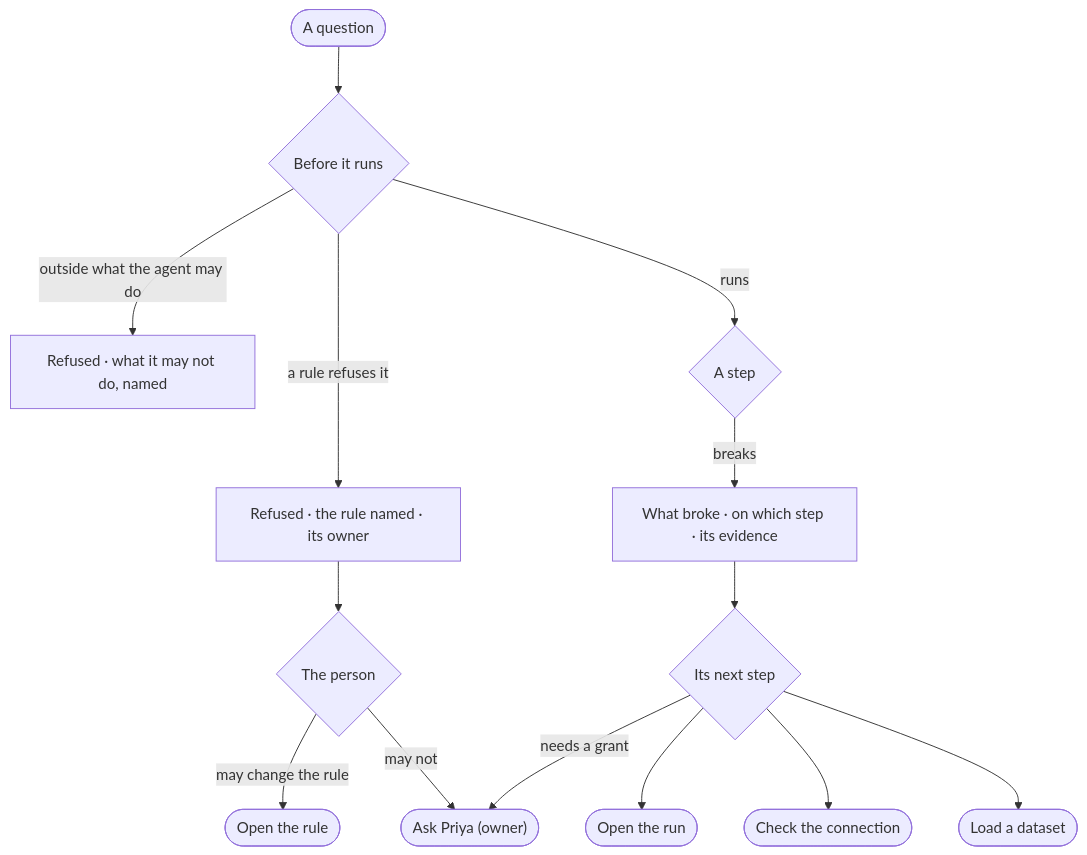
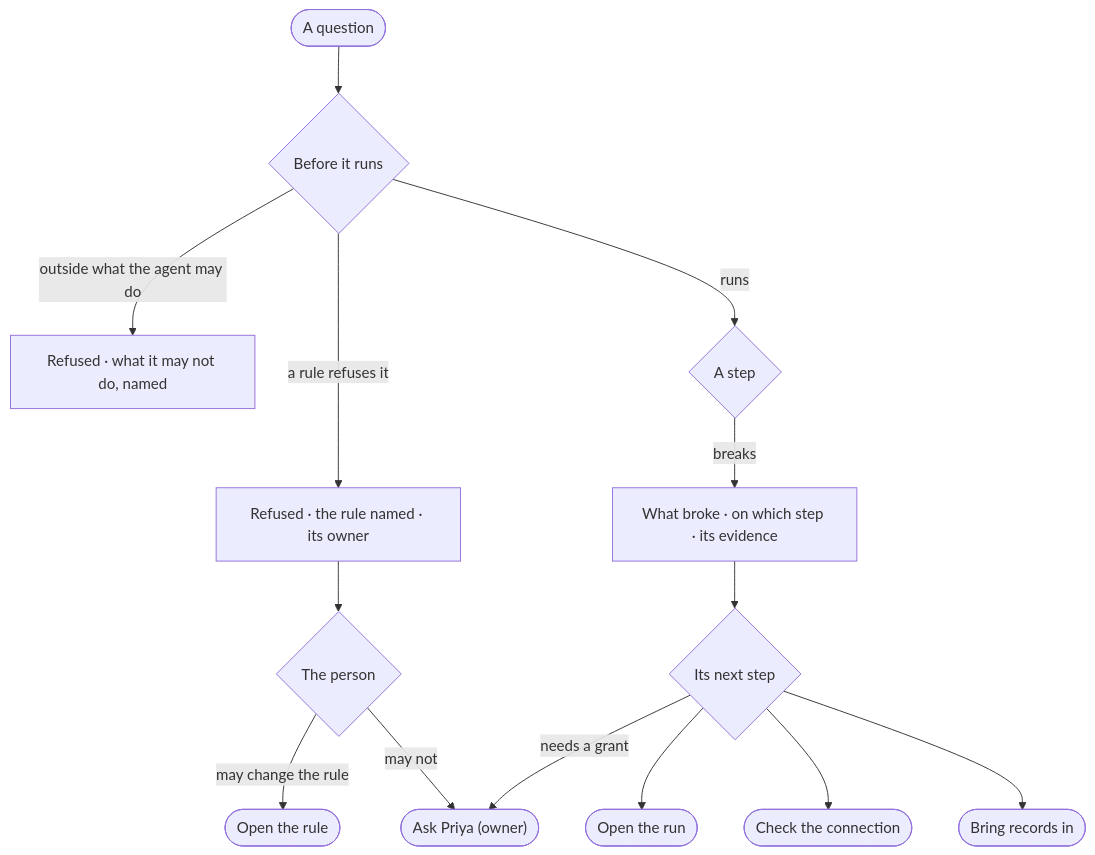
The diagram in specs/capabilities/explore/features/EX-F05-when-it-cannot-answer-and-how-it-reasons/stories/EX-06-a-refusal-or-a-failure-that-says-why/story.md (invana/invana), drawn with Mermaid before and after one commit. The commit also changed other lines of this file and 637 other files, not shown here.

````diff
--- a/specs/capabilities/explore/features/EX-F05-when-it-cannot-answer-and-how-it-reasons/stories/EX-06-a-refusal-or-a-failure-that-says-why/story.md
+++ b/specs/capabilities/explore/features/EX-F05-when-it-cannot-answer-and-how-it-reasons/stories/EX-06-a-refusal-or-a-failure-that-says-why/story.md
@@ -26,16 +26,16 @@
 ```mermaid
 flowchart TD
   a([A question]) --> b{Before it runs}
   b -->|a rule refuses it| r["Refused · the rule named · its owner"]
   b -->|outside what the agent may do| w["Refused · what it may not do, named"]
   r --> o{The person}
   o -->|may change the rule| cr(["Open the rule"])
   o -->|may not| ao(["Ask Priya (owner)"])
   b -->|runs| s{A step}
   s -->|breaks| d["What broke · on which step · its evidence"]
   d --> n{"Its next step"}
   n --> t(["Open the run"])
   n --> c(["Check the connection"])
-  n --> l(["Load a dataset"])
+  n --> l(["Bring records in"])
   n -->|needs a grant| ao
 ```
````
